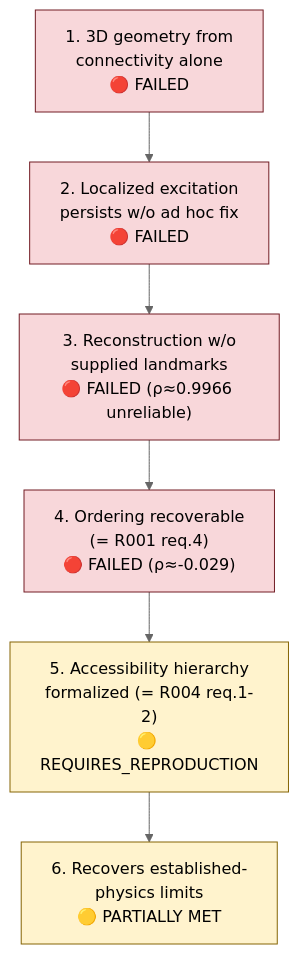
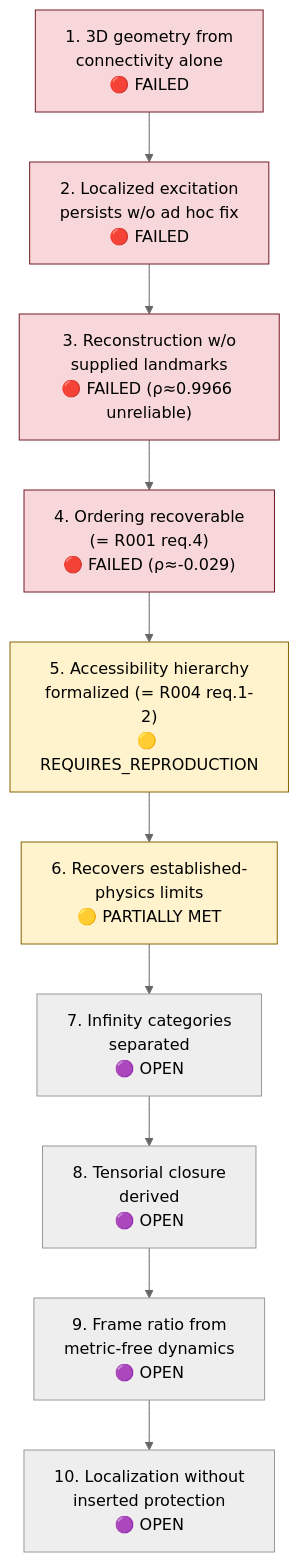
The diagram in Requirements/R006_s_infinity_b_infinity_relational_substrate.md (btanwar/indian-ancient-science), drawn with Mermaid (neutral theme) before and after one commit. The commit also changed other lines of this file and 14 other files, not shown here.

````diff
--- a/Requirements/R006_s_infinity_b_infinity_relational_substrate.md
+++ b/Requirements/R006_s_infinity_b_infinity_relational_substrate.md
@@ -16,14 +16,18 @@
 ```mermaid
 flowchart TD
     classDef boundary fill:#f8d7da,stroke:#721c24,stroke-width:1px;
     classDef gate fill:#fff3cd,stroke:#856404,stroke-width:1px;
 
     R1["1. 3D geometry from<br/>connectivity alone<br/>🔴 FAILED"] --> R2["2. Localized excitation<br/>persists w/o ad hoc fix<br/>🔴 FAILED"]
     R2 --> R3["3. Reconstruction w/o<br/>supplied landmarks<br/>🔴 FAILED (ρ≈0.9966 unreliable)"]
     R3 --> R4["4. Ordering recoverable<br/>(= R001 req.4)<br/>🔴 FAILED (ρ≈-0.029)"]
     R4 --> R5["5. Accessibility hierarchy<br/>formalized (= R004 req.1-2)<br/>🟡 REQUIRES_REPRODUCTION"]
     R5 --> R6["6. Recovers established-<br/>physics limits<br/>🟡 PARTIALLY MET"]
+    R6 --> R7["7. Infinity categories<br/>separated<br/>🟣 OPEN"]
+    R7 --> R8["8. Tensorial closure<br/>derived<br/>🟣 OPEN"]
+    R8 --> R9["9. Frame ratio from<br/>metric-free dynamics<br/>🟣 OPEN"]
+    R9 --> R10["10. Localization without<br/>inserted protection<br/>🟣 OPEN"]
 
     class R1,R2,R3,R4 boundary;
     class R5,R6 gate;
 ```
````
